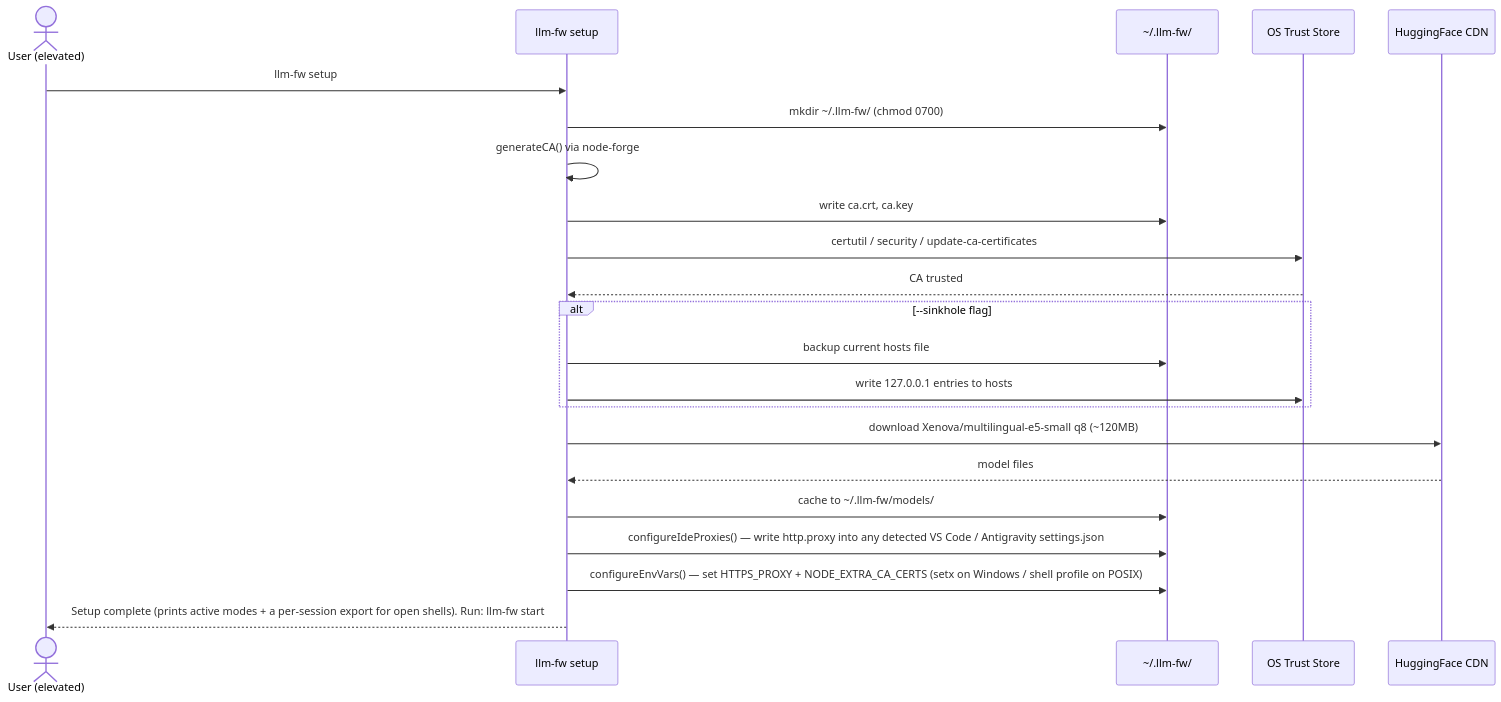
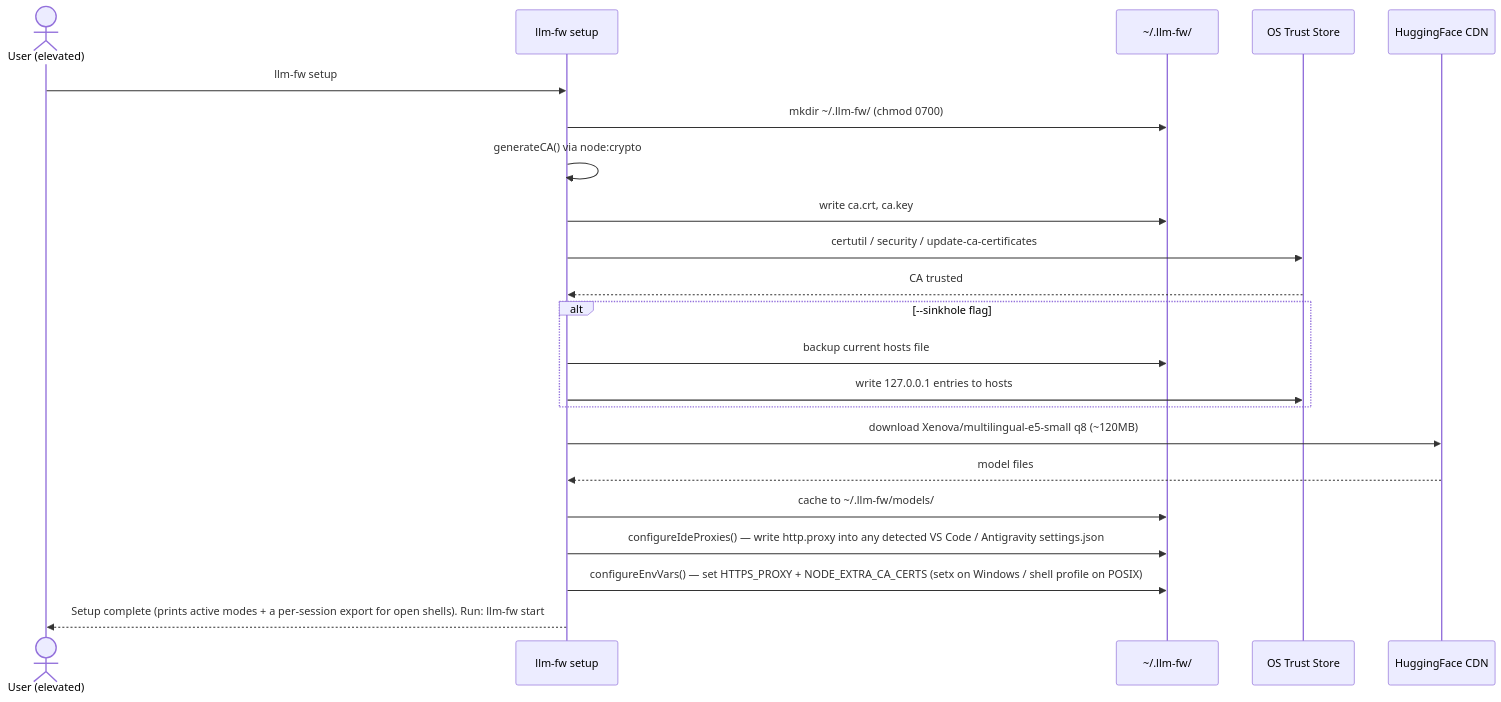
One commit to PIsberg/llm-fw changed the eighth of 11 diagrams in docs/ARCHITECTURE.md. Above: the diagram before and after it, drawn with Mermaid. The commit also changed 26 other files, not shown here.

Commit message:
feat: replace node-forge with node:crypto, fix .email noun FPs, and add Paddle license fulfilment

````diff
--- a/docs/ARCHITECTURE.md
+++ b/docs/ARCHITECTURE.md
@@ -326,28 +326,28 @@
 ```mermaid
 sequenceDiagram
     actor U as User (elevated)
     participant CLI as llm-fw setup
     participant FS as ~/.llm-fw/
     participant OS as OS Trust Store
     participant HF as HuggingFace CDN
 
     U->>CLI: llm-fw setup
     CLI->>FS: mkdir ~/.llm-fw/ (chmod 0700)
-    CLI->>CLI: generateCA() via node-forge
+    CLI->>CLI: generateCA() via node:crypto
     CLI->>FS: write ca.crt, ca.key
     CLI->>OS: certutil / security / update-ca-certificates
     OS-->>CLI: CA trusted
 
     alt --sinkhole flag
         CLI->>FS: backup current hosts file
         CLI->>OS: write 127.0.0.1 entries to hosts
     end
 
     CLI->>HF: download Xenova/multilingual-e5-small q8 (~120MB)
     HF-->>CLI: model files
     CLI->>FS: cache to ~/.llm-fw/models/
 
     CLI->>FS: configureIdeProxies() — write http.proxy into any detected VS Code / Antigravity settings.json
     CLI->>FS: configureEnvVars() — set HTTPS_PROXY + NODE_EXTRA_CA_CERTS (setx on Windows / shell profile on POSIX)
     CLI-->>U: Setup complete (prints active modes + a per-session export for open shells). Run: llm-fw start
 ```
````
